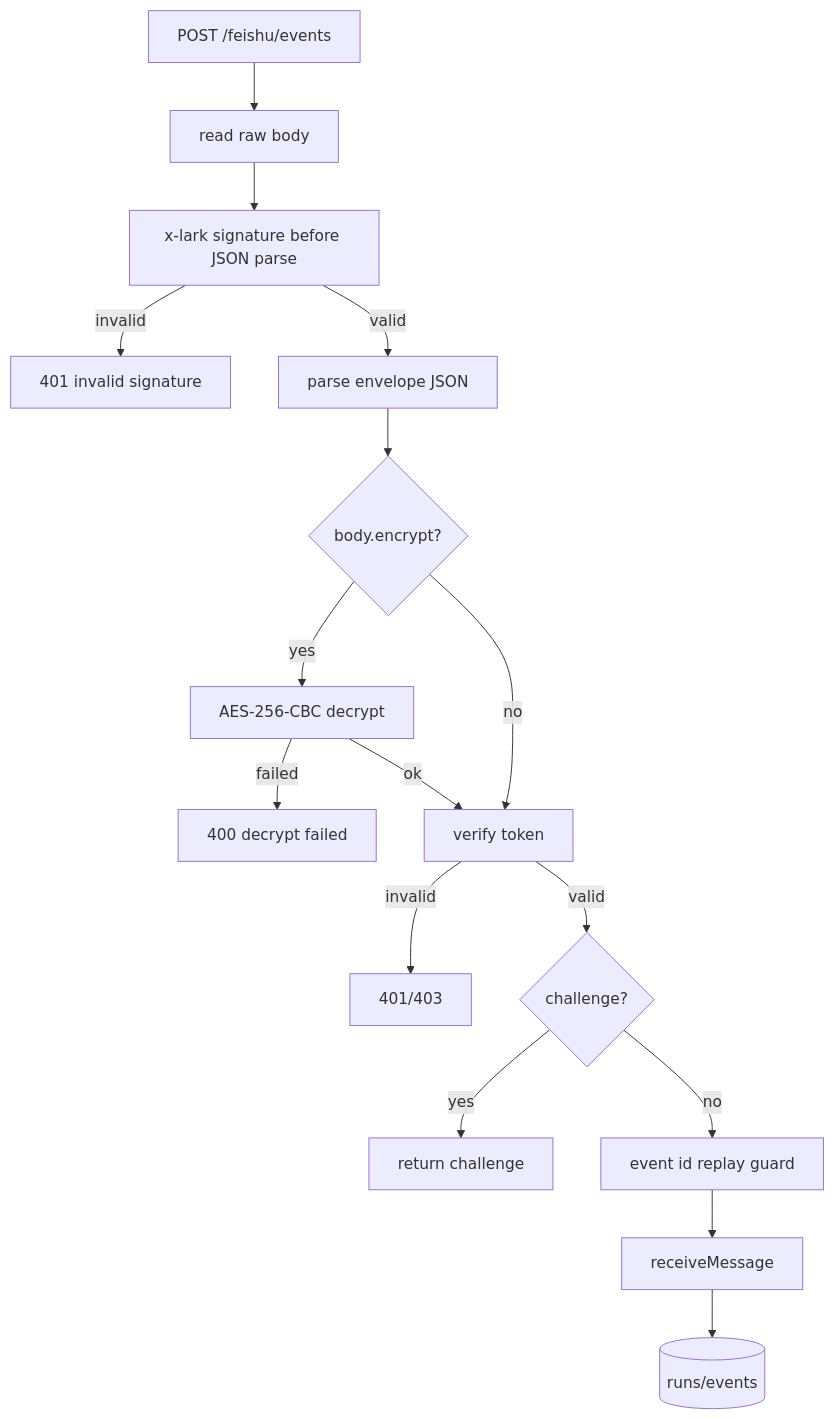
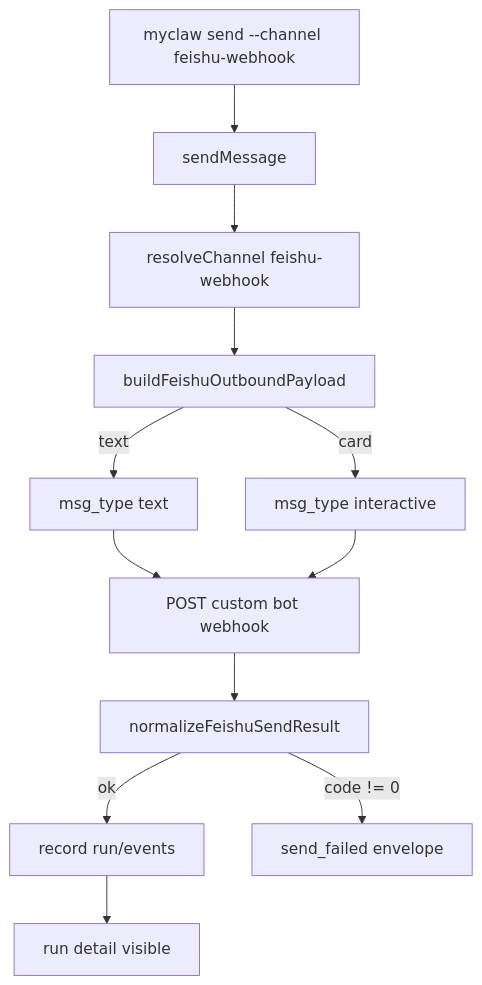
The third of 8 diagrams in docs/implementation-architecture.md (mayf3/myclaw), drawn with Mermaid before and after one commit. The commit also changed other lines of this file and 29 other files, not shown here.

Commit message:
feat: add phase milestones and feishu outbound facade

````diff
--- a/docs/implementation-architecture.md
+++ b/docs/implementation-architecture.md
@@ -102,18 +110,14 @@
 ```mermaid
 flowchart TD
-  Start[POST /feishu/events] --> Raw[read raw body]
-  Raw --> Signature[x-lark signature before JSON parse]
-  Signature -->|invalid| Deny[401 invalid signature]
-  Signature -->|valid| Parse[parse envelope JSON]
-  Parse --> Encrypt{body.encrypt?}
-  Encrypt -->|yes| Decrypt[AES-256-CBC decrypt]
-  Decrypt -->|failed| Bad[400 decrypt failed]
-  Decrypt -->|ok| Token[verify token]
-  Encrypt -->|no| Token
-  Token -->|invalid| Reject[401/403]
-  Token -->|valid| Challenge{challenge?}
-  Challenge -->|yes| Echo[return challenge]
-  Challenge -->|no| Replay[event id replay guard]
-  Replay --> Runtime[receiveMessage]
-  Runtime --> State[(runs/events)]
+  Start[myclaw send --channel feishu-webhook] --> Runtime[sendMessage]
+  Runtime --> Resolve[resolveChannel feishu-webhook]
+  Resolve --> Payload[buildFeishuOutboundPayload]
+  Payload -->|text| Text[msg_type text]
+  Payload -->|card| Card[msg_type interactive]
+  Text --> Fetch[POST custom bot webhook]
+  Card --> Fetch
+  Fetch --> Result[normalizeFeishuSendResult]
+  Result -->|ok| Persist[record run/events]
+  Result -->|code != 0| Failed[send_failed envelope]
+  Persist --> Dashboard[run detail visible]
 ```
````
